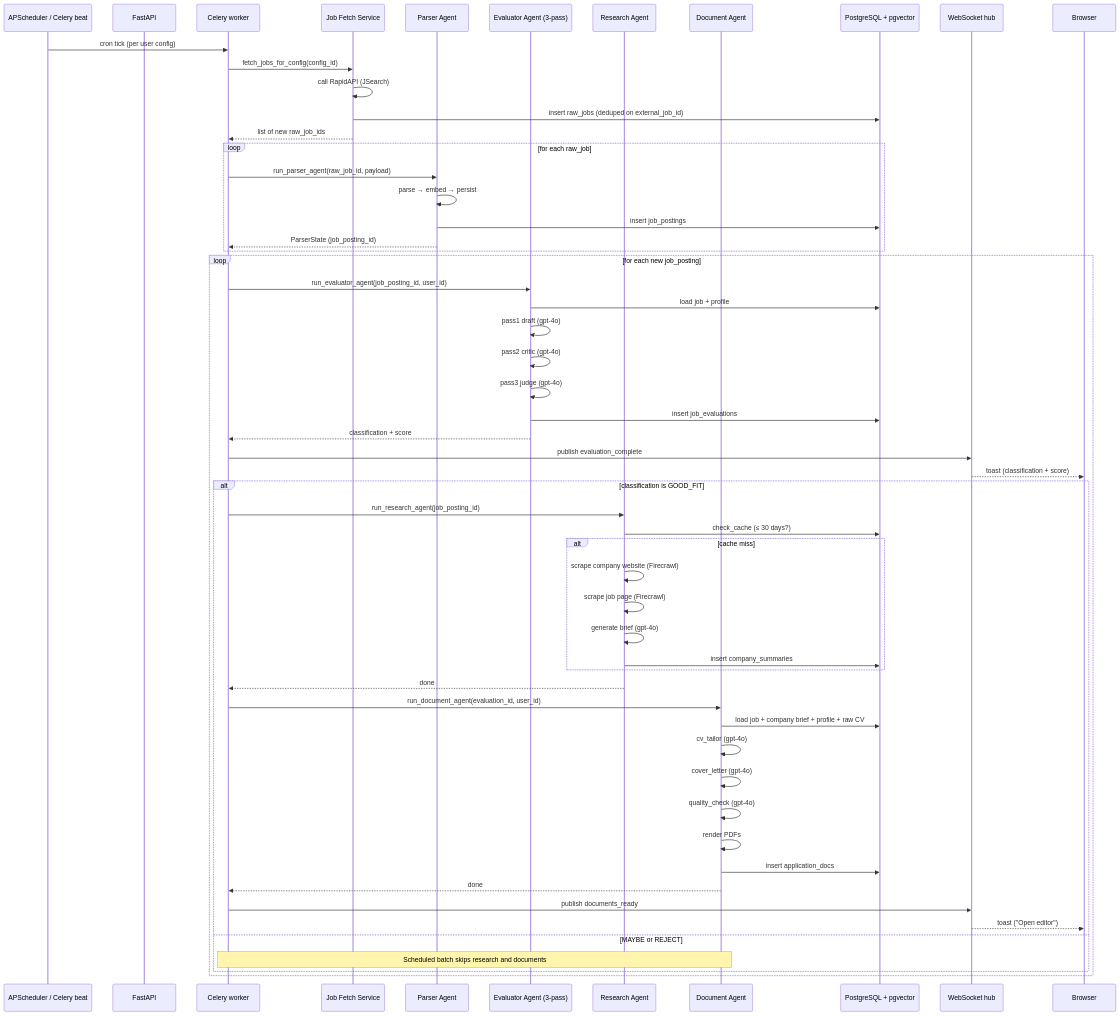
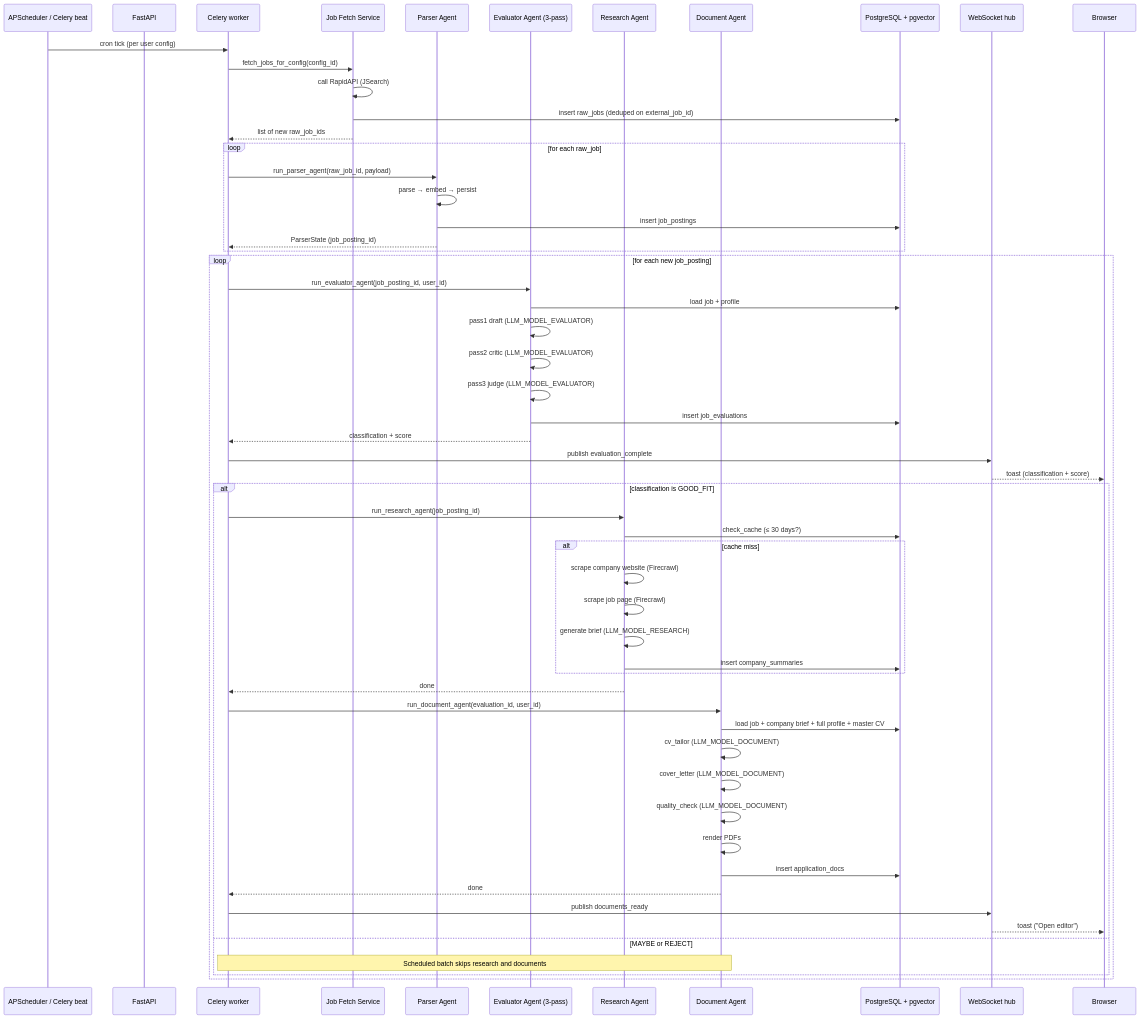
One commit to Gathondu/kaziro changed the diagram in docs/architecture/diagrams/pipeline-sequence.md. Above: the diagram before and after it, drawn with Mermaid. The commit also changed other lines of this file and 33 other files, not shown here.

````diff
--- a/docs/architecture/diagrams/pipeline-sequence.md
+++ b/docs/architecture/diagrams/pipeline-sequence.md
@@ -11,65 +11,65 @@
 ```mermaid
 sequenceDiagram
   participant Sched as APScheduler / Celery beat
   participant API as FastAPI
   participant Cel as Celery worker
   participant Fetch as Job Fetch Service
   participant Parse as Parser Agent
   participant Eval as Evaluator Agent (3-pass)
   participant Res as Research Agent
   participant Doc as Document Agent
   participant DB as PostgreSQL + pgvector
   participant WS as WebSocket hub
   participant Browser
 
   Sched->>Cel: cron tick (per user config)
   Cel->>Fetch: fetch_jobs_for_config(config_id)
   Fetch->>Fetch: call RapidAPI (JSearch)
   Fetch->>DB: insert raw_jobs (deduped on external_job_id)
   Fetch-->>Cel: list of new raw_job_ids
 
   loop for each raw_job
     Cel->>Parse: run_parser_agent(raw_job_id, payload)
     Parse->>Parse: parse → embed → persist
     Parse->>DB: insert job_postings
     Parse-->>Cel: ParserState (job_posting_id)
   end
 
   loop for each new job_posting
     Cel->>Eval: run_evaluator_agent(job_posting_id, user_id)
     Eval->>DB: load job + profile
-    Eval->>Eval: pass1 draft (gpt-4o)
-    Eval->>Eval: pass2 critic (gpt-4o)
-    Eval->>Eval: pass3 judge (gpt-4o)
+    Eval->>Eval: pass1 draft (LLM_MODEL_EVALUATOR)
+    Eval->>Eval: pass2 critic (LLM_MODEL_EVALUATOR)
+    Eval->>Eval: pass3 judge (LLM_MODEL_EVALUATOR)
     Eval->>DB: insert job_evaluations
     Eval-->>Cel: classification + score
     Cel->>WS: publish evaluation_complete
     WS-->>Browser: toast (classification + score)
 
     alt classification is GOOD_FIT
       Cel->>Res: run_research_agent(job_posting_id)
       Res->>DB: check_cache (≤ 30 days?)
 
       alt cache miss
         Res->>Res: scrape company website (Firecrawl)
         Res->>Res: scrape job page (Firecrawl)
-        Res->>Res: generate brief (gpt-4o)
+        Res->>Res: generate brief (LLM_MODEL_RESEARCH)
         Res->>DB: insert company_summaries
       end
 
       Res-->>Cel: done
       Cel->>Doc: run_document_agent(evaluation_id, user_id)
-      Doc->>DB: load job + company brief + profile + raw CV
-      Doc->>Doc: cv_tailor (gpt-4o)
-      Doc->>Doc: cover_letter (gpt-4o)
-      Doc->>Doc: quality_check (gpt-4o)
+      Doc->>DB: load job + company brief + full profile + master CV
+      Doc->>Doc: cv_tailor (LLM_MODEL_DOCUMENT)
+      Doc->>Doc: cover_letter (LLM_MODEL_DOCUMENT)
+      Doc->>Doc: quality_check (LLM_MODEL_DOCUMENT)
       Doc->>Doc: render PDFs
       Doc->>DB: insert application_docs
       Doc-->>Cel: done
       Cel->>WS: publish documents_ready
       WS-->>Browser: toast ("Open editor")
     else MAYBE or REJECT
       Note over Cel,Doc: Scheduled batch skips research and documents
     end
   end
 ```
````
